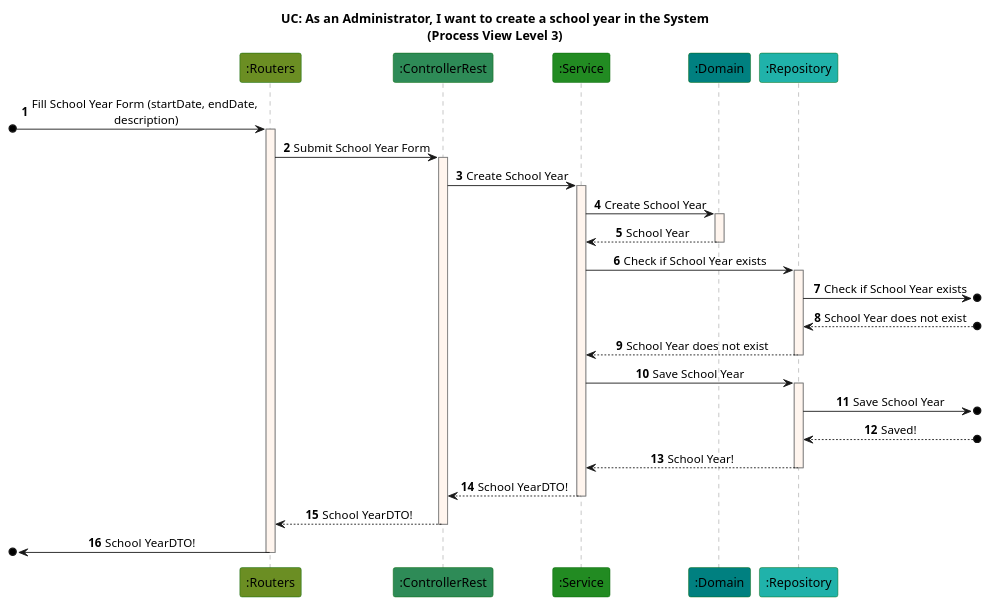
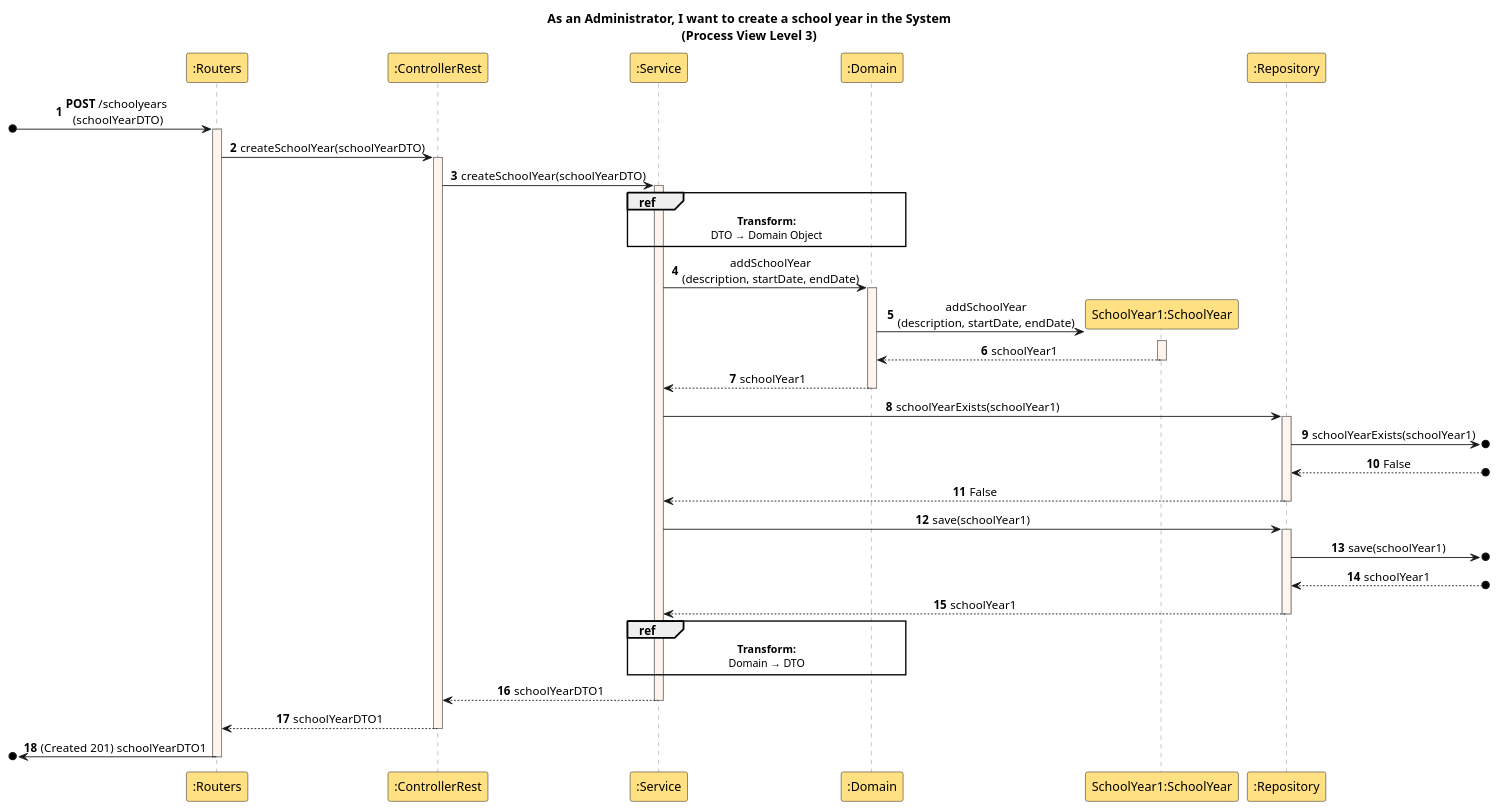
Before and after one commit to GasparISEP/DevOps-PAI: the diagram in docs/US07/Sprint6/Process View/Level3.puml, drawn with PlantUML.

Commit message:
Updated the Process View Level 3 diagram regarding the features for SchoolYearAggregate. close #519

```diff
--- a/docs/US07/Sprint6/Process View/Level3.puml
+++ b/docs/US07/Sprint6/Process View/Level3.puml
@@ -1,51 +1,70 @@
 @startuml
 
 autonumber
 skinparam {
   SequenceLifeLineBorderColor gray
-  SequenceParticipantBorderColor darkgreen
+  SequenceParticipantBorderColor black
   DefaultTextAlignment center
 }
 
-title UC: As an Administrator, I want to create a school year in the System\n(Process View Level 3)
+title As an Administrator, I want to create a school year in the System\n(Process View Level 3)
 
-participant ":Routers" as Routers #olivedrab
-participant ":ControllerRest" as C #seagreen
-participant ":Service" as S #forestgreen
-participant ":Domain" as D #teal
-participant ":Repository" as R #lightseagreen
+participant ":Routers" as Routers #ffe082
+participant ":ControllerRest" as C #ffe082
+participant ":Service" as S #ffe082
+participant ":Domain" as D #ffe082
+participant "SchoolYear1:SchoolYear" as SY #ffe082
+participant ":Repository" as R #ffe082
 
+[o-> Routers: **POST** /schoolyears \n(schoolYearDTO)
+activate Routers #seashell
+Routers -> C: createSchoolYear(schoolYearDTO)
+activate C #seashell
+C -> S: createSchoolYear(schoolYearDTO)
+activate S #seashell
 
-[o-> Routers: Fill School Year Form (startDate, endDate,\n description)
-activate Routers #seashell
-Routers -> C: Submit School Year Form
-activate C #seashell
-C -> S: Create School Year
-activate S #seashell
-S -> D: Create School Year
+ref over S, D
+**Transform:**
+DTO → Domain Object
+end ref
+
+S -> D: addSchoolYear\n(description, startDate, endDate)
 activate D #seashell
-D --> S: School Year
+D -> SY**: addSchoolYear\n(description, startDate, endDate)
+activate SY #seashell
+SY --> D: schoolYear1
+deactivate SY
+D --> S: schoolYear1
 deactivate D #seashell
-S -> R: Check if School Year exists
+
+S -> R: schoolYearExists(schoolYear1)
 activate R #seashell
-R ->o]: Check if School Year exists
+R ->o]: schoolYearExists(schoolYear1)
 
-R<--o]: School Year does not exist
+R<--o]: False
 
-R --> S: School Year does not exist
+R --> S: False
 deactivate R #seashell
-S -> R: Save School Year
+
+S -> R: save(schoolYear1)
 activate R #seashell
-R ->o]: Save School Year
+R ->o]: save(schoolYear1)
 
-R<--o]: Saved!
+R<--o]: schoolYear1
 
-R --> S: School Year!
+R --> S: schoolYear1
 deactivate R #seashell
-S --> C: School YearDTO!
+
+ref over S, D
+**Transform:**
+Domain → DTO
+end ref
+
+S --> C: schoolYearDTO1
 deactivate S #seashell
-C --> Routers: School YearDTO!
+C --> Routers: schoolYearDTO1
 deactivate C #seashell
-[o<- Routers: School YearDTO!
+[o<- Routers: (Created 201) schoolYearDTO1
 deactivate Routers #seashell
+
 @enduml
```
